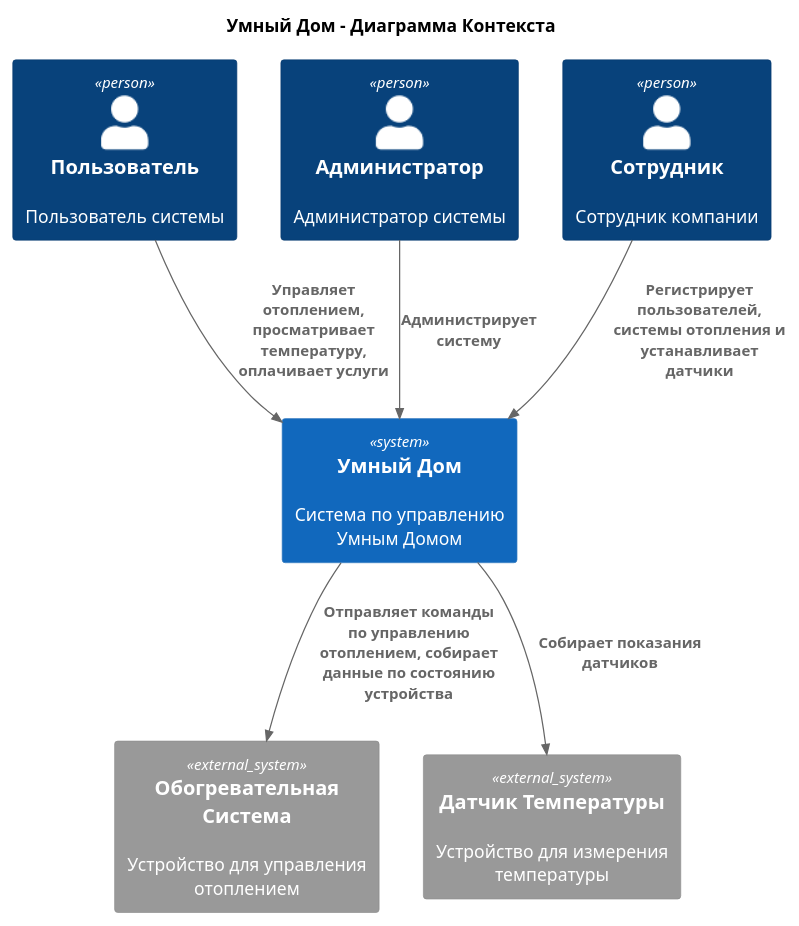
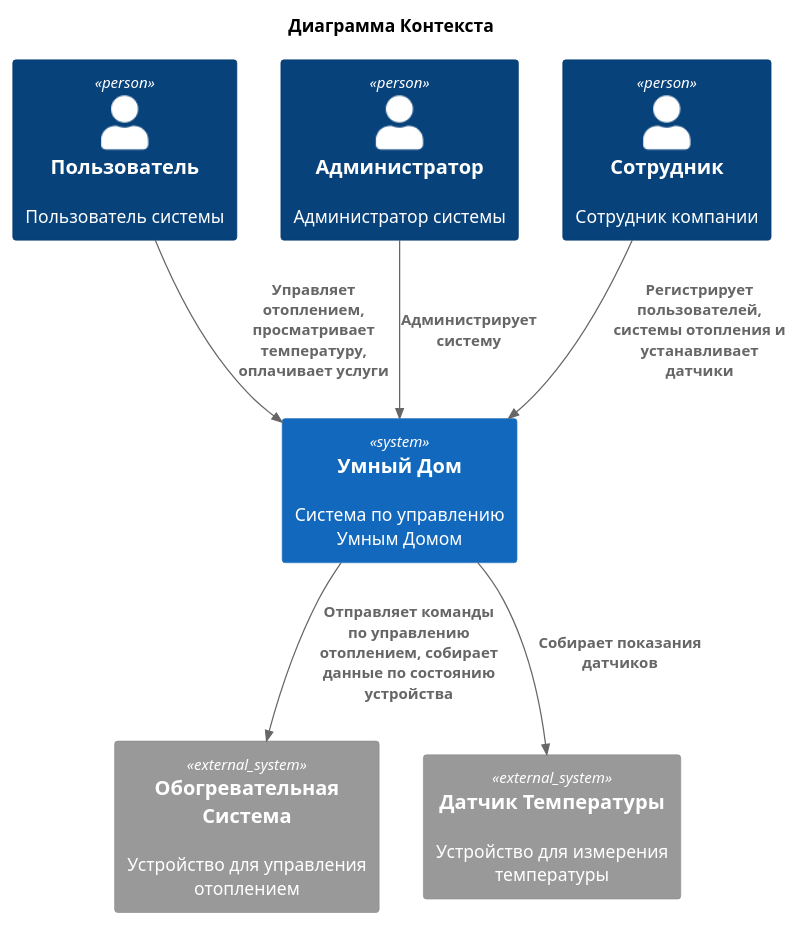
The diagram in diagrams/context/SmartHome_context.puml (vakovtunenko/architecture-sprint-3), drawn with PlantUML before and after one commit. The commit also changed 11 other files, not shown here.

Commit message:
Задание 2. Добавил диаграммы компонентов

```diff
--- a/diagrams/context/SmartHome_context.puml
+++ b/diagrams/context/SmartHome_context.puml
@@ -1,24 +1,24 @@
 @startuml
-title Умный Дом - Диаграмма Контекста
+title Диаграмма Контекста
 
 top to bottom direction
 
 !includeurl ../c4_templates/C4_Context.puml
 
 Person(User, "Пользователь", "Пользователь системы")
 Person(Admin, "Администратор", "Администратор системы")
 Person(Employee, "Сотрудник", "Сотрудник компании")
 
 System(SmartHomeSystem, "Умный Дом", "Система по управлению Умным Домом")
 
 Rel(User, SmartHomeSystem, "Управляет отоплением, просматривает температуру, оплачивает услуги")
 Rel(Admin, SmartHomeSystem,"Администрирует систему")
 Rel(Employee, SmartHomeSystem, "Регистрирует пользователей, системы отопления и устанавливает датчики")
 
 System_Ext(HeatingSystem, "Обогревательная Система", "Устройство для управления отоплением")
 System_Ext(TemperatureSensor, "Датчик Температуры", "Устройство для измерения температуры")
 
 Rel(SmartHomeSystem,HeatingSystem,"Отправляет команды по управлению отоплением, собирает данные по состоянию устройства")
 Rel(SmartHomeSystem,TemperatureSensor,"Собирает показания датчиков")
 
 @enduml
```
